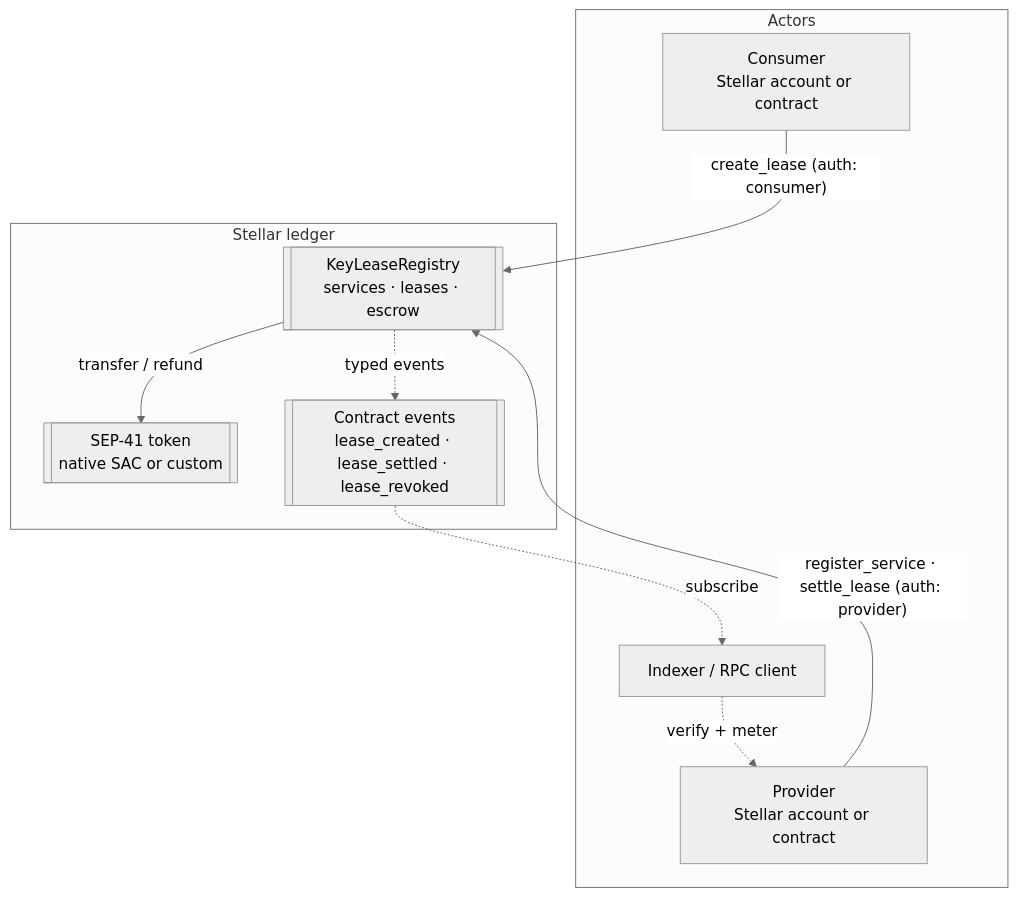
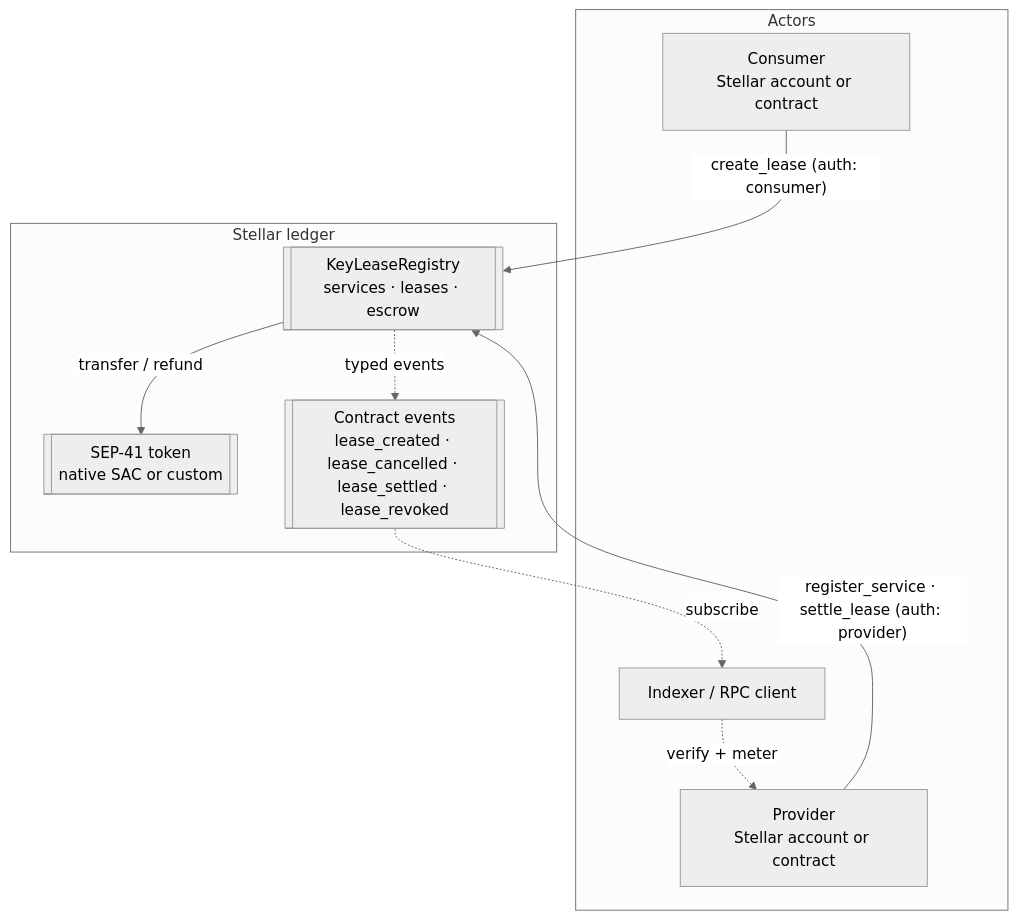
Before and after one commit to Adebisi-1/keylease-core: the first of 5 diagrams in docs/architecture.md, drawn with Mermaid (neutral theme). The commit also changed other lines of this file and 17 other files, not shown here.

````diff
--- a/docs/architecture.md
+++ b/docs/architecture.md
@@ -10,21 +10,21 @@
 ```mermaid
 flowchart TB
     subgraph Actors
         DEV["Consumer<br/>Stellar account or contract"]
         PROV["Provider<br/>Stellar account or contract"]
         IDX["Indexer / RPC client"]
     end
 
     subgraph "Stellar ledger"
         REG[["KeyLeaseRegistry<br/>services · leases · escrow"]]
         TOK[["SEP-41 token<br/>native SAC or custom"]]
-        EV[["Contract events<br/>lease_created · lease_settled · lease_revoked"]]
+        EV[["Contract events<br/>lease_created · lease_cancelled · lease_settled · lease_revoked"]]
     end
 
     DEV -- "create_lease (auth: consumer)" --> REG
     PROV -- "register_service · settle_lease (auth: provider)" --> REG
     REG -- "transfer / refund" --> TOK
     REG -. "typed events" .-> EV
     EV -. "subscribe" .-> IDX
     IDX -. "verify + meter" .-> PROV
 ```
````
